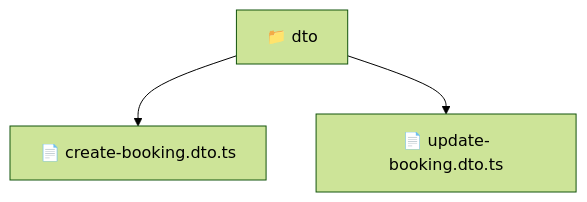
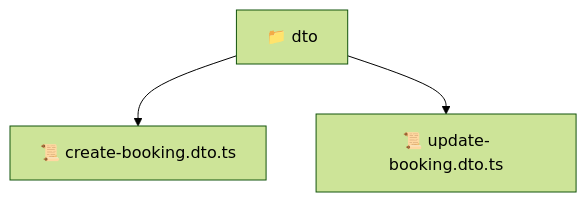
Before and after one commit to beginwebdev2002/fullstack-mavluda: the diagram in backend/src/modules/booking/presentation/dto/README.md, drawn with Mermaid (forest theme). The commit also changed other lines of this file and 163 other files, not shown here.

````diff
--- a/backend/src/modules/booking/presentation/dto/README.md
+++ b/backend/src/modules/booking/presentation/dto/README.md
@@ -9,6 +9,6 @@
 ```mermaid
 graph TD
-  Root["📁 dto"]
-  Root --> create_booking_dto_ts["📄 create-booking.dto.ts"]
-  Root --> update_booking_dto_ts["📄 update-booking.dto.ts"]
+  dto["📁 dto"]
+  dto --> create_booking_dto_ts["📜 create-booking.dto.ts"]
+  dto --> update_booking_dto_ts["📜 update-booking.dto.ts"]
 ```
````
